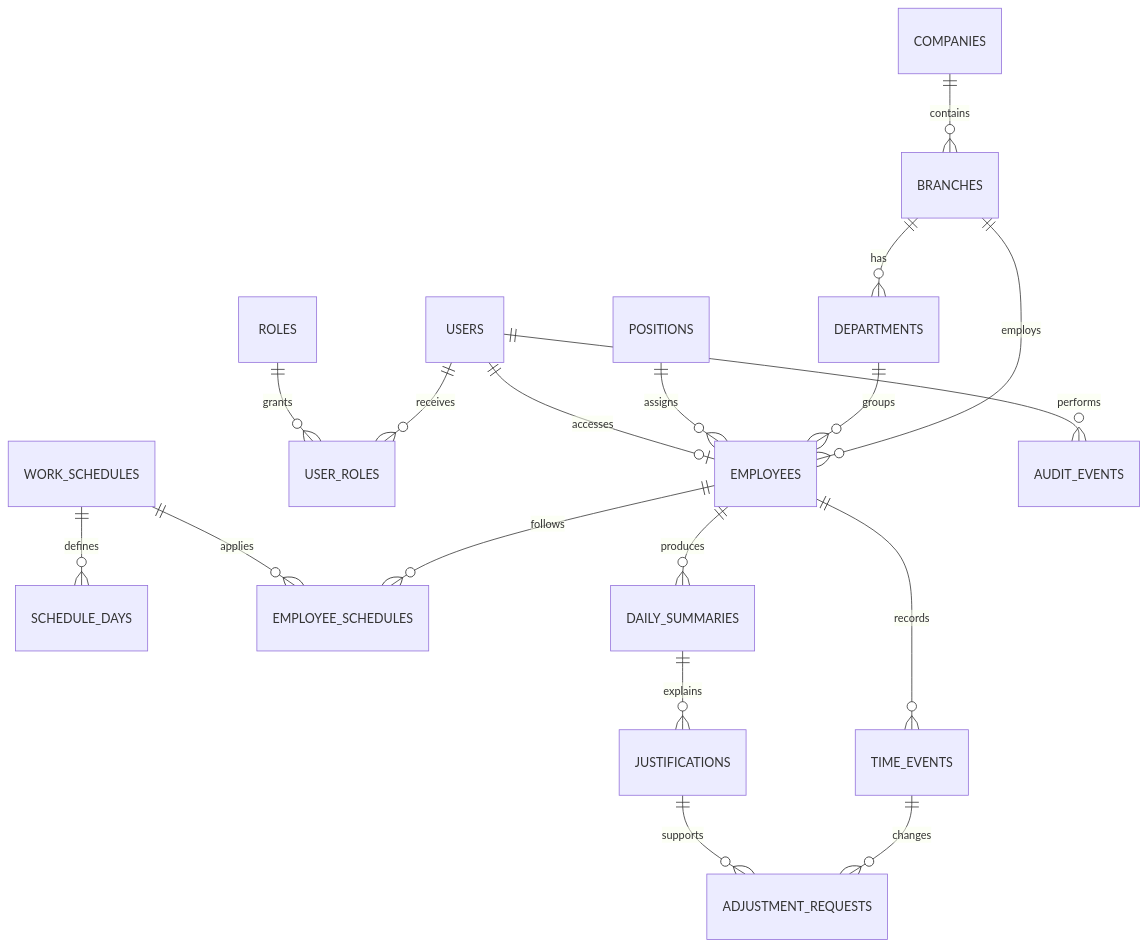
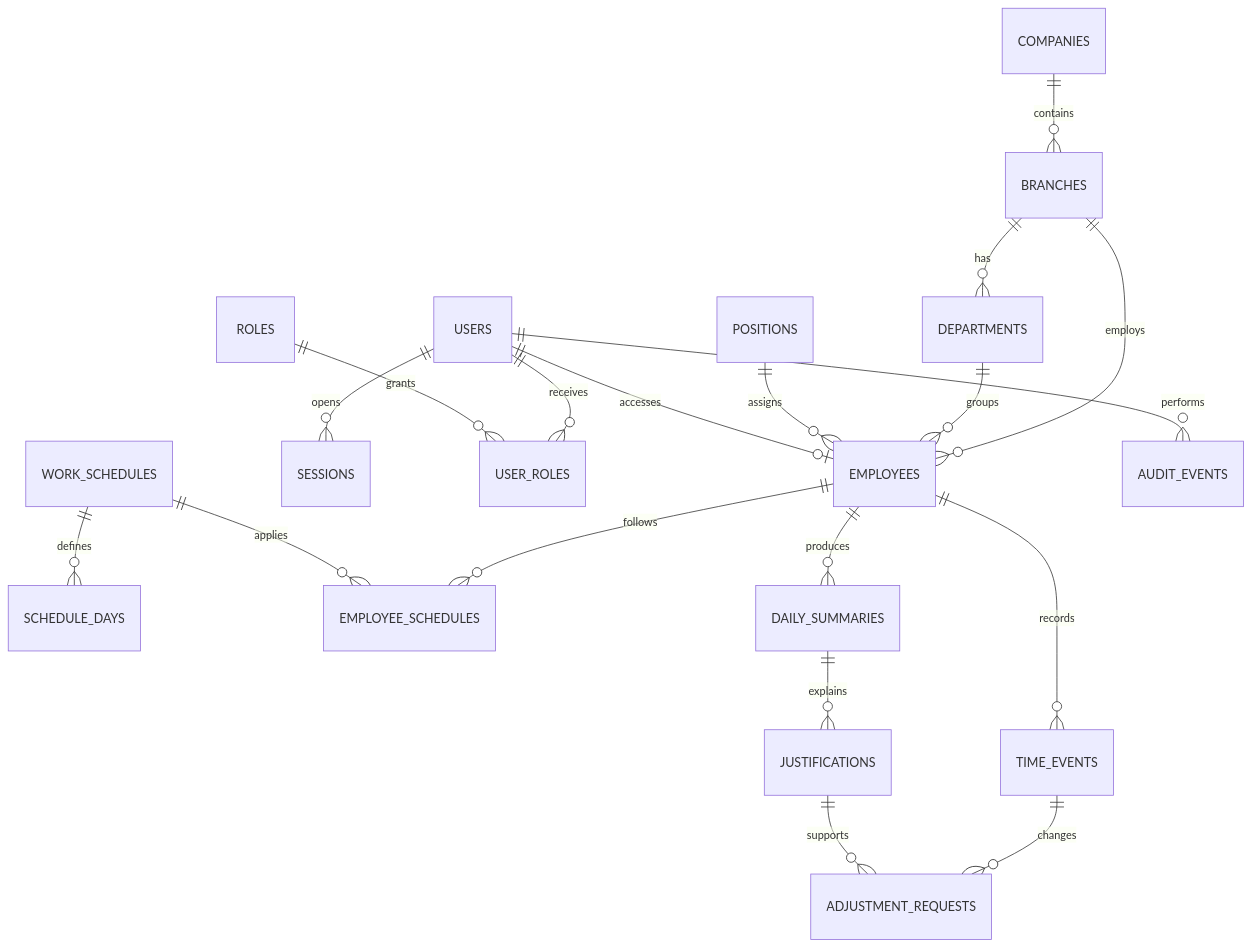
The diagram in docs/database/model.md (MatW23/JornadaMS), drawn with Mermaid before and after one commit. The commit also changed other lines of this file and 13 other files, not shown here.

````diff
--- a/docs/database/model.md
+++ b/docs/database/model.md
@@ -40,20 +45,21 @@
 ```mermaid
 erDiagram
     COMPANIES ||--o{ BRANCHES : contains
     BRANCHES ||--o{ DEPARTMENTS : has
     BRANCHES ||--o{ EMPLOYEES : employs
     DEPARTMENTS ||--o{ EMPLOYEES : groups
     POSITIONS ||--o{ EMPLOYEES : assigns
     USERS ||--o| EMPLOYEES : accesses
+    USERS ||--o{ SESSIONS : opens
     USERS ||--o{ USER_ROLES : receives
     ROLES ||--o{ USER_ROLES : grants
     WORK_SCHEDULES ||--o{ SCHEDULE_DAYS : defines
     EMPLOYEES ||--o{ EMPLOYEE_SCHEDULES : follows
     WORK_SCHEDULES ||--o{ EMPLOYEE_SCHEDULES : applies
     EMPLOYEES ||--o{ TIME_EVENTS : records
     EMPLOYEES ||--o{ DAILY_SUMMARIES : produces
     DAILY_SUMMARIES ||--o{ JUSTIFICATIONS : explains
     TIME_EVENTS ||--o{ ADJUSTMENT_REQUESTS : changes
     JUSTIFICATIONS ||--o{ ADJUSTMENT_REQUESTS : supports
     USERS ||--o{ AUDIT_EVENTS : performs
 ```
````
